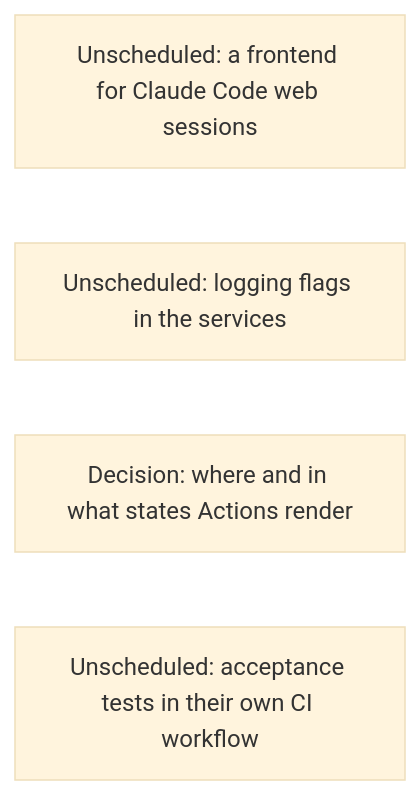
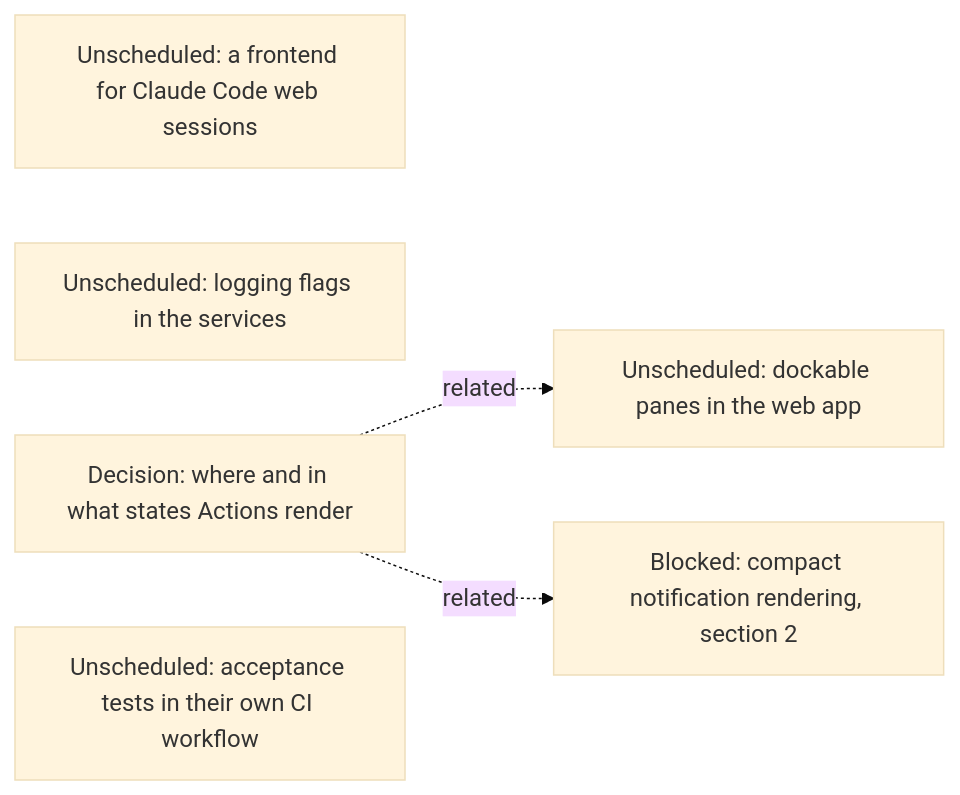
Before and after one commit to agentydragon-agent/ducktape: the seventh of 15 diagrams in agentplane/plans/task_dag.md, drawn with Mermaid (base theme). The commit also changed other lines of this file, not shown here.

First line of the commit message:
agentplane: add the DOCKABLE_PANES node to the task DAG (#10306)

````diff
--- a/agentplane/plans/task_dag.md
+++ b/agentplane/plans/task_dag.md
@@ -464,7 +483,11 @@
 ```mermaid
 flowchart LR
     CLAUDE_CODE_WEB_BRIDGE[Unscheduled: a frontend for Claude Code web sessions]
     SERVICE_LOG_FLAGS[Unscheduled: logging flags in the services]
     ACTION_SURFACES_DESIGN[Decision: where and in what states Actions render]
     ISOLATED_ACCEPTANCE_CI[Unscheduled: acceptance tests in their own CI workflow]
+    DOCKABLE_PANES[Unscheduled: dockable panes in the web app]
+    ACTION_SURFACES_DESIGN -. related .-> DOCKABLE_PANES
+    NOTIFICATION_PRESENTATION[Blocked: compact notification rendering, section 2]
+    ACTION_SURFACES_DESIGN -. related .-> NOTIFICATION_PRESENTATION
 ```
````
